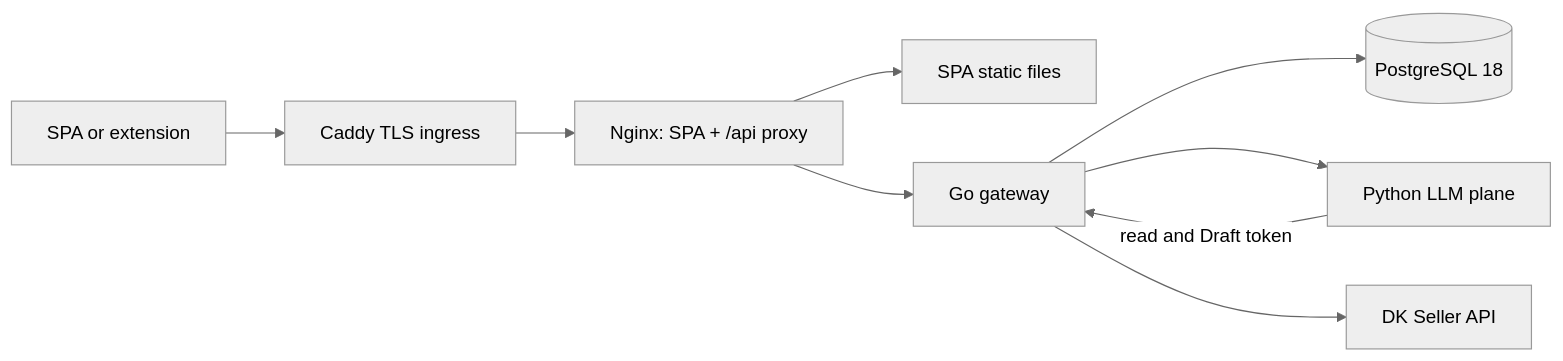
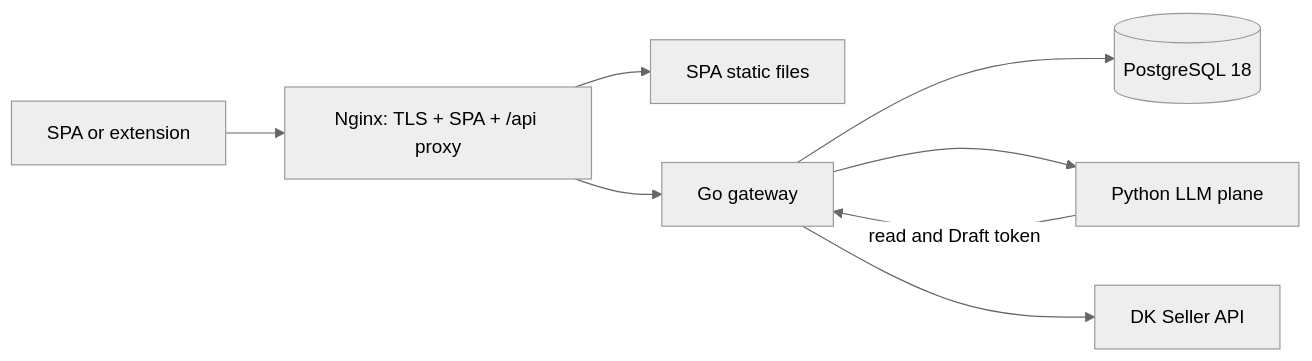
The diagram in DEPLOYMENT.md (mhosseinab/market-ops), drawn with Mermaid (neutral theme) before and after one commit. The commit also changed other lines of this file and 8 other files, not shown here.

````diff
--- a/DEPLOYMENT.md
+++ b/DEPLOYMENT.md
@@ -29,11 +29,10 @@
 ```mermaid
 flowchart LR
-    Browser[SPA or extension] --> Caddy[Caddy TLS ingress]
-    Caddy --> Nginx[Nginx: SPA + /api proxy]
+    Browser[SPA or extension] --> Nginx[Nginx: TLS + SPA + /api proxy]
     Nginx --> Web[SPA static files]
     Nginx --> Core[Go gateway]
     Core --> DB[(PostgreSQL 18)]
     Core --> LLM[Python LLM plane]
     LLM -->|read and Draft token| Core
     Core --> DK[DK Seller API]
 ```
````
